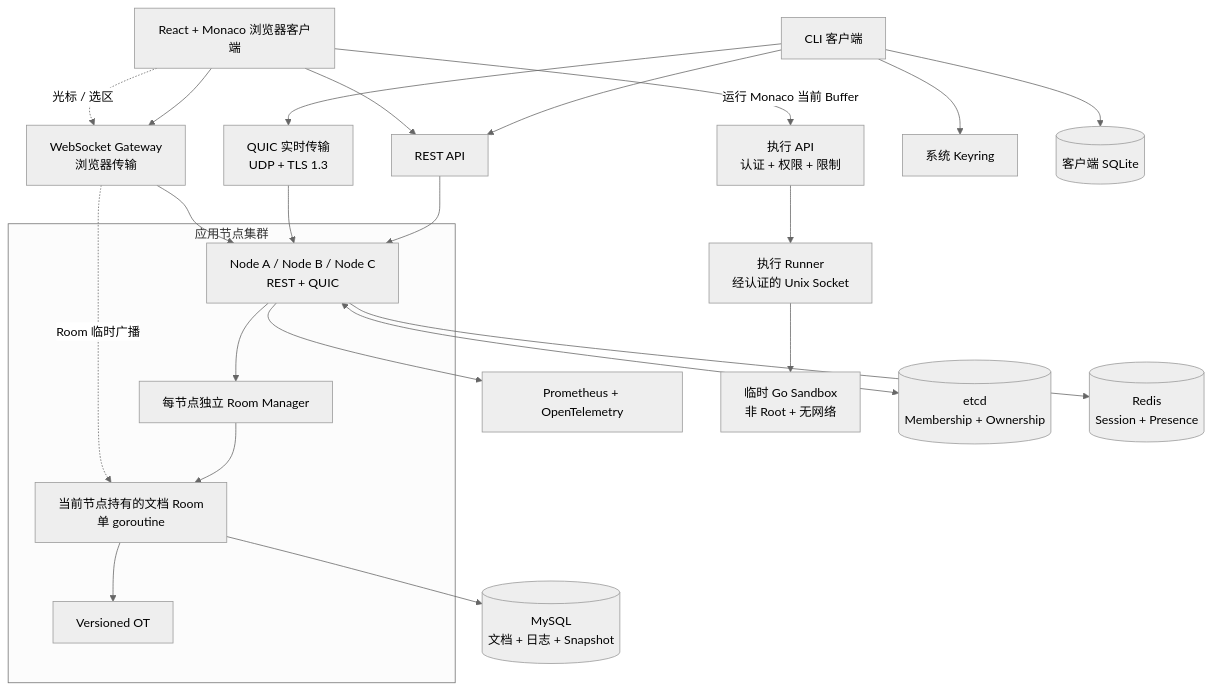
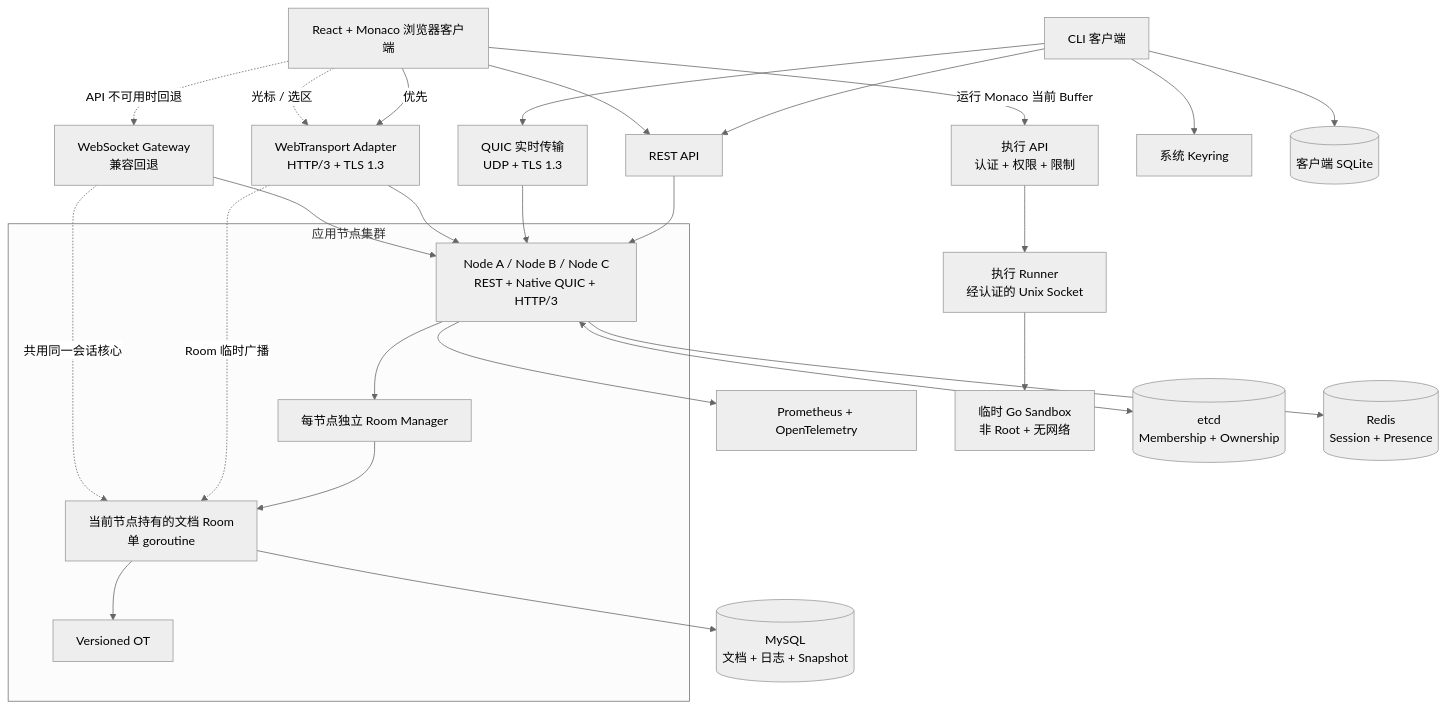
One commit to jiawei-wang-dev/go-realtime-collab-editor changed the diagram in README.zh-CN.md. Above: the diagram before and after it, drawn with Mermaid (neutral theme). The commit also changed other lines of this file and 65 other files, not shown here.

Commit message:
feat: finalize QUIC collaboration transport

````diff
--- a/README.zh-CN.md
+++ b/README.zh-CN.md
@@ -62,47 +64,51 @@
 ```mermaid
 flowchart TB
     Client[CLI 客户端]
     Browser[React + Monaco 浏览器客户端]
     REST[REST API]
     QUIC[QUIC 实时传输<br/>UDP + TLS 1.3]
-    WS[WebSocket Gateway<br/>浏览器传输]
+    WT[WebTransport Adapter<br/>HTTP/3 + TLS 1.3]
+    WS[WebSocket Gateway<br/>兼容回退]
     ExecAPI[执行 API<br/>认证 + 权限 + 限制]
     Keyring[系统 Keyring]
     SQLite[(客户端 SQLite)]
     Obs[Prometheus + OpenTelemetry]
     Runner[执行 Runner<br/>经认证的 Unix Socket]
     Sandbox[临时 Go Sandbox<br/>非 Root + 无网络]
 
     subgraph Cluster[应用节点集群]
-        Nodes[Node A / Node B / Node C<br/>REST + QUIC]
+        Nodes[Node A / Node B / Node C<br/>REST + Native QUIC + HTTP/3]
         RM[每节点独立 Room Manager]
         Room[当前节点持有的文档 Room<br/>单 goroutine]
         OT[Versioned OT]
     end
 
     Etcd[(etcd<br/>Membership + Ownership)]
     MySQL[(MySQL<br/>文档 + 日志 + Snapshot)]
     Redis[(Redis<br/>Session + Presence)]
 
     Client --> REST
     Client --> QUIC
     Browser --> REST
-    Browser --> WS
+    Browser -->|优先| WT
+    Browser -.->|API 不可用时回退| WS
     Browser -->|运行 Monaco 当前 Buffer| ExecAPI
     Client --> SQLite
     Client --> Keyring
     REST --> Nodes
     QUIC --> Nodes
+    WT --> Nodes
     WS --> Nodes
     Nodes --> RM
     RM --> Room
     Room --> OT
-    Browser -. 光标 / 选区 .-> WS
-    WS -. Room 临时广播 .-> Room
+    Browser -. 光标 / 选区 .-> WT
+    WT -. Room 临时广播 .-> Room
+    WS -. 共用同一会话核心 .-> Room
     Nodes <--> Etcd
     Room --> MySQL
     Nodes --> Redis
     Nodes --> Obs
     ExecAPI --> Runner
     Runner --> Sandbox
 ```
````
